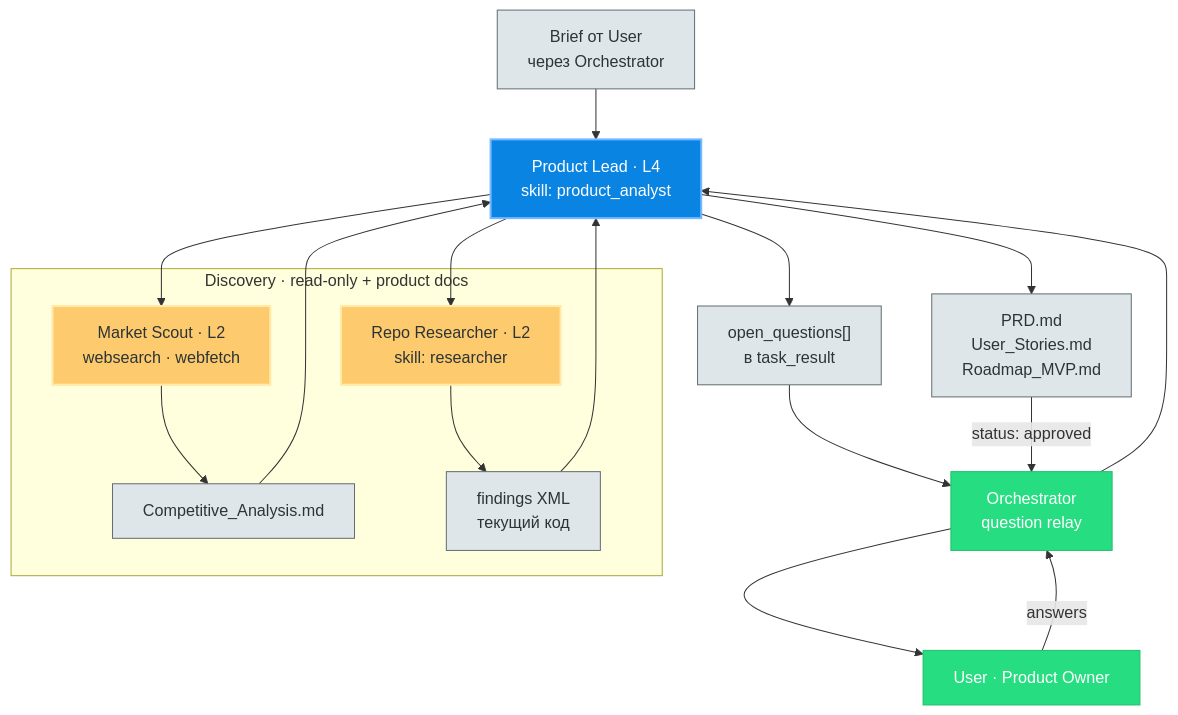
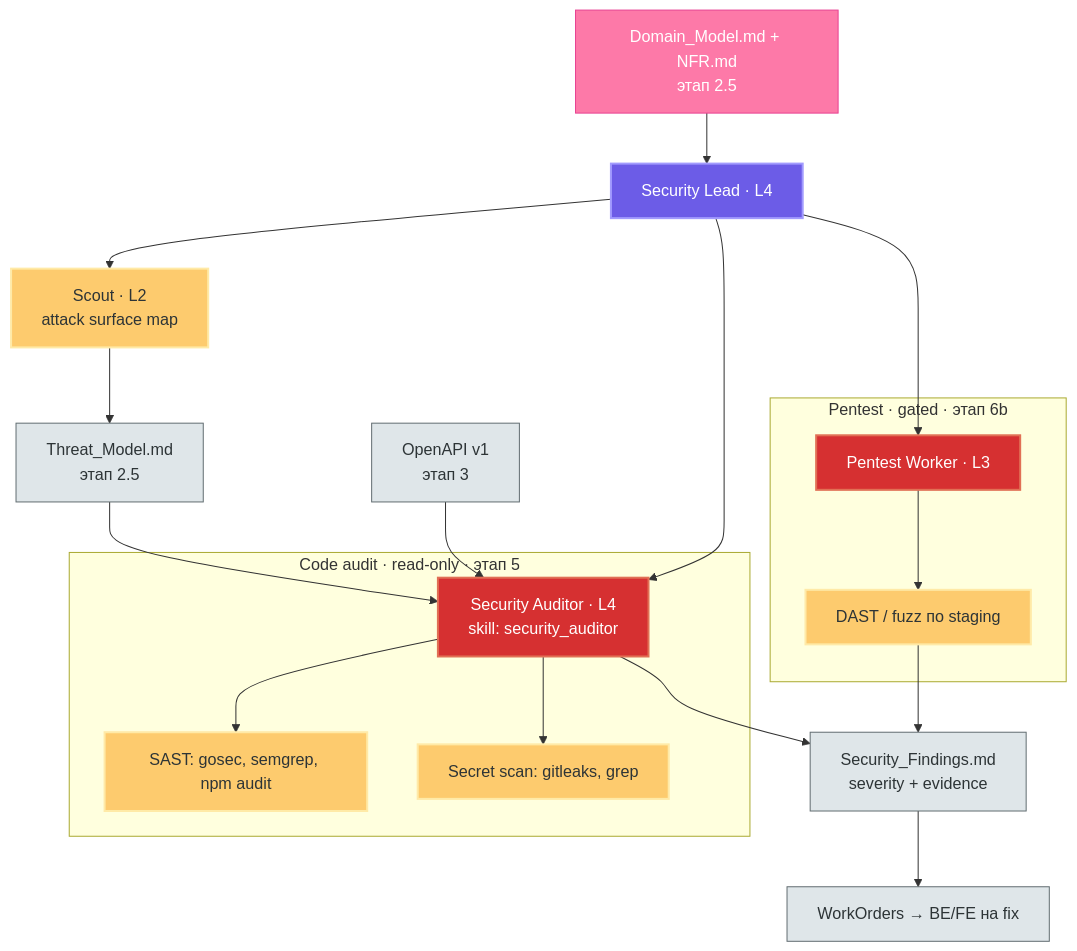
The ninth of 21 diagrams in docs/architecture/orchestra-routing.md (GreyKxtx/Orchestra), drawn with Mermaid before and after one commit. The commit also changed other lines of this file and 108 other files, not shown here.

````diff
--- a/docs/architecture/orchestra-routing.md
+++ b/docs/architecture/orchestra-routing.md
@@ -321,34 +808,38 @@
 ```mermaid
 flowchart TB
     classDef dept fill:#6c5ce7,stroke:#a29bfe,stroke-width:2px,color:#fff
-    classDef pm fill:#0984e3,stroke:#74b9ff,stroke-width:2px,color:#fff
-    classDef scout fill:#fdcb6e,stroke:#ffeaa7,stroke-width:2px,color:#2d3436
+    classDef audit fill:#d63031,stroke:#e17055,stroke-width:2px,color:#fff
+    classDef tool fill:#fdcb6e,stroke:#ffeaa7,stroke-width:2px,color:#2d3436
     classDef artifact fill:#dfe6e9,stroke:#636e72,color:#2d3436
-    classDef gate fill:#26de81,stroke:#20bf6b,color:#fff
+    classDef freeze fill:#fd79a8,stroke:#e84393,color:#fff
 
-    Brief["Brief от User<br>через Orchestrator"]:::artifact
-    Lead["Product Lead · L4<br>skill: product_analyst"]:::pm
+    DM["Domain_Model.md + NFR.md<br>этап 2.5"]:::freeze
+    Lead["Security Lead · L4"]:::dept
+    Scout["Scout · L2<br>attack surface map"]:::tool
+    TM["Threat_Model.md<br>этап 2.5"]:::artifact
+    API["OpenAPI v1<br>этап 3"]:::artifact
 
-    subgraph DISCOVERY["Discovery · read-only + product docs"]
-        MS["Market Scout · L2<br>websearch · webfetch"]:::scout
-        CA["Competitive_Analysis.md"]:::artifact
-        RR["Repo Researcher · L2<br>skill: researcher"]:::scout
-        RF["findings XML<br>текущий код"]:::artifact
+    subgraph AUDIT["Code audit · read-only · этап 5"]
+        Auditor["Security Auditor · L4<br>skill: security_auditor"]:::audit
+        SAST["SAST: gosec, semgrep, npm audit"]:::tool
+        Secrets["Secret scan: gitleaks, grep"]:::tool
     end
 
-    PRD["PRD.md<br>User_Stories.md<br>Roadmap_MVP.md"]:::artifact
-    OQ["open_questions[]<br>в task_result"]:::artifact
-    Orch["Orchestrator<br>question relay"]:::gate
-    PO["User · Product Owner"]:::gate
+    subgraph PENTEST["Pentest · gated · этап 6b"]
+        PT["Pentest Worker · L3"]:::audit
+        DAST["DAST / fuzz по staging"]:::tool
+    end
 
-    Brief --> Lead
-    Lead --> MS --> CA
-    Lead --> RR --> RF
-    CA --> Lead
-    RF --> Lead
-    Lead --> PRD
-    Lead --> OQ
-    OQ --> Orch --> PO
-    PO -->|"answers"| Orch --> Lead
-    PRD -->|"status: approved"| Orch
+    Findings["Security_Findings.md<br>severity + evidence"]:::artifact
+    WO_fix["WorkOrders → BE/FE на fix"]:::artifact
+
+    DM --> Lead --> Scout --> TM
+    TM --> Auditor
+    API --> Auditor
+    Lead --> Auditor
+    Auditor --> SAST
+    Auditor --> Secrets
+    Auditor --> Findings
+    Lead --> PT --> DAST --> Findings
+    Findings --> WO_fix
 ```
````
